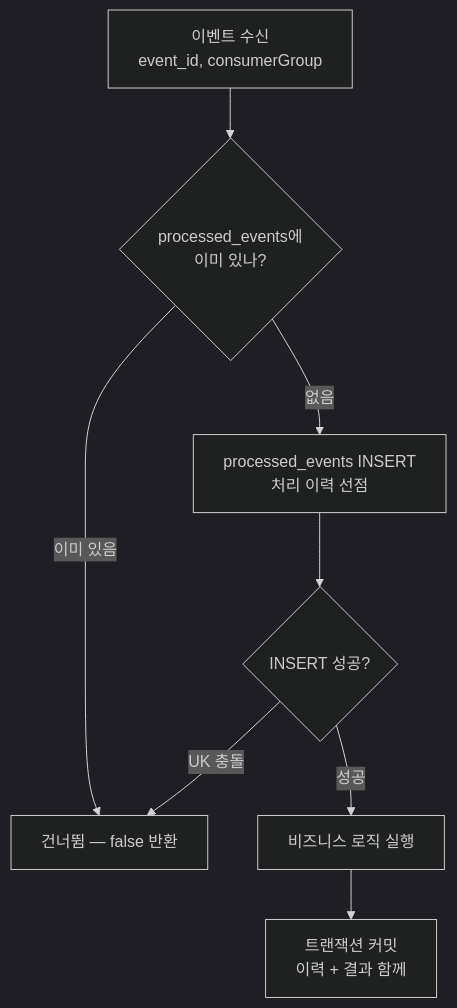
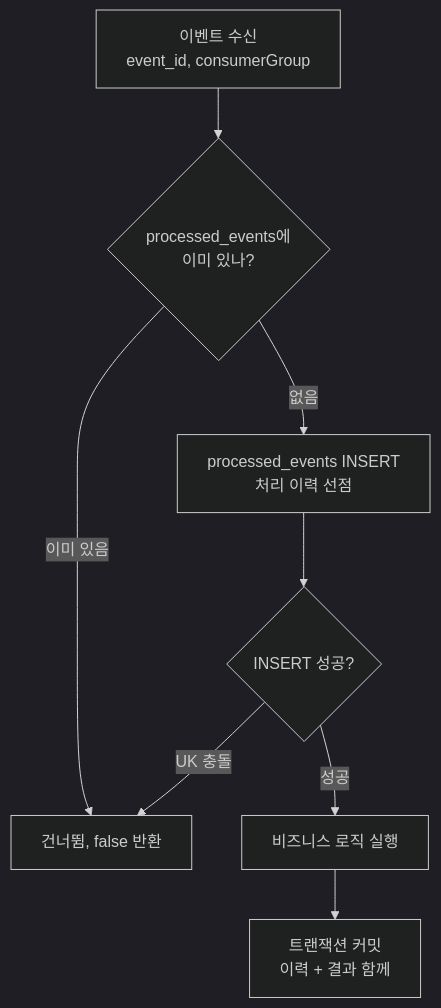
Before and after one commit to Kimgyuilli/blog: the first of 3 diagrams in src/content/blog/peekcart-11-consumer-idempotency-dlq.md, drawn with Mermaid (dark theme). The commit also changed other lines of this file and 19 other files, not shown here.

````diff
--- a/src/content/blog/peekcart-11-consumer-idempotency-dlq.md
+++ b/src/content/blog/peekcart-11-consumer-idempotency-dlq.md
@@ -68,10 +70,10 @@
 ```mermaid
 flowchart TD
     A["이벤트 수신<br/>event_id, consumerGroup"] --> B{"processed_events에<br/>이미 있나?"}
-    B -->|이미 있음| C["건너뜀 — false 반환"]
+    B -->|이미 있음| C["건너뜀, false 반환"]
     B -->|없음| D["processed_events INSERT<br/>처리 이력 선점"]
     D --> E{"INSERT 성공?"}
     E -->|UK 충돌| C
     E -->|성공| F["비즈니스 로직 실행"]
     F --> G["트랜잭션 커밋<br/>이력 + 결과 함께"]
 ```
````
